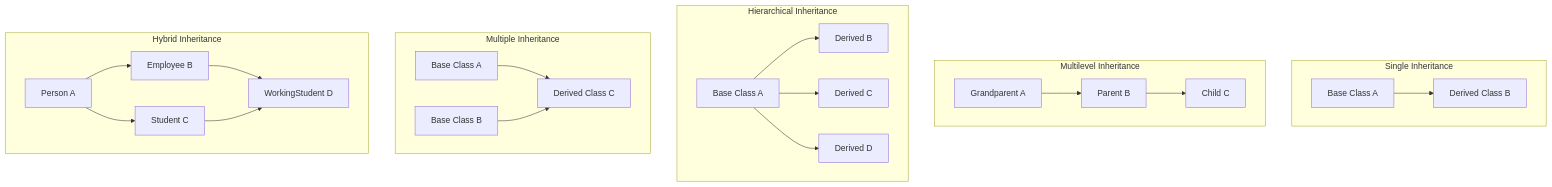
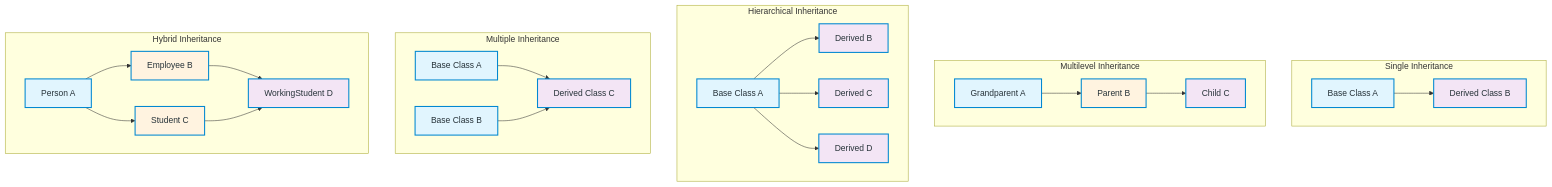
Before and after one commit to joyandrew-github/DSA_CPP: the first of 9 diagrams in OOPS/Inheritance/Inheritance_Types_Complete_Guide.md, drawn with Mermaid. The commit also changed other lines of this file, not shown here.

First line of the commit message:
docs: fix mermaid diagram colors for visibility

````diff
--- a/OOPS/Inheritance/Inheritance_Types_Complete_Guide.md
+++ b/OOPS/Inheritance/Inheritance_Types_Complete_Guide.md
@@ -21,29 +21,37 @@
 ```mermaid
 graph TD
     subgraph Single["Single Inheritance"]
         S1[Base Class A] --> S2[Derived Class B]
     end
     
     subgraph MultiLevel["Multilevel Inheritance"]
         ML1[Grandparent A] --> ML2[Parent B]
         ML2 --> ML3[Child C]
     end
     
     subgraph Hierarchical["Hierarchical Inheritance"]
         H1[Base Class A] --> H2[Derived B]
         H1 --> H3[Derived C]
         H1 --> H4[Derived D]
     end
     
     subgraph Multiple["Multiple Inheritance"]
         M1[Base Class A] --> M3[Derived Class C]
         M2[Base Class B] --> M3
     end
     
     subgraph Hybrid["Hybrid Inheritance"]
         HY1[Person A] --> HY2[Employee B]
         HY1 --> HY3[Student C]
         HY2 --> HY4[WorkingStudent D]
         HY3 --> HY4
     end
+    
+    classDef baseClass fill:#E1F5FE,color:#263238,stroke:#0288D1,stroke-width:2px
+    classDef intermediateClass fill:#FFF3E0,color:#263238,stroke:#0288D1,stroke-width:2px
+    classDef derivedClass fill:#F3E5F5,color:#263238,stroke:#0288D1,stroke-width:2px
+    
+    class S1,ML1,H1,M1,M2,HY1 baseClass
+    class ML2,HY2,HY3 intermediateClass
+    class S2,ML3,H2,H3,H4,M3,HY4 derivedClass
 ```
````
